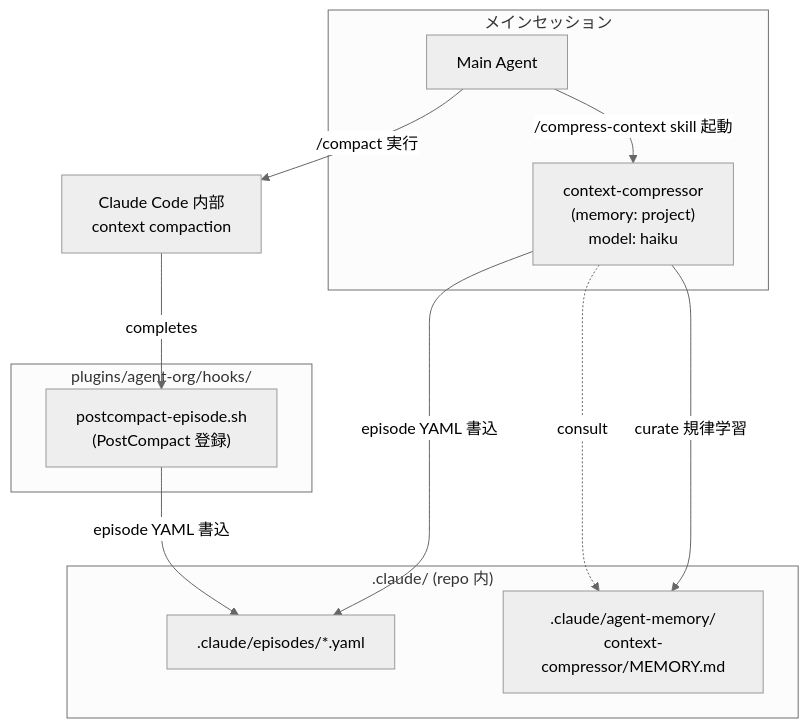
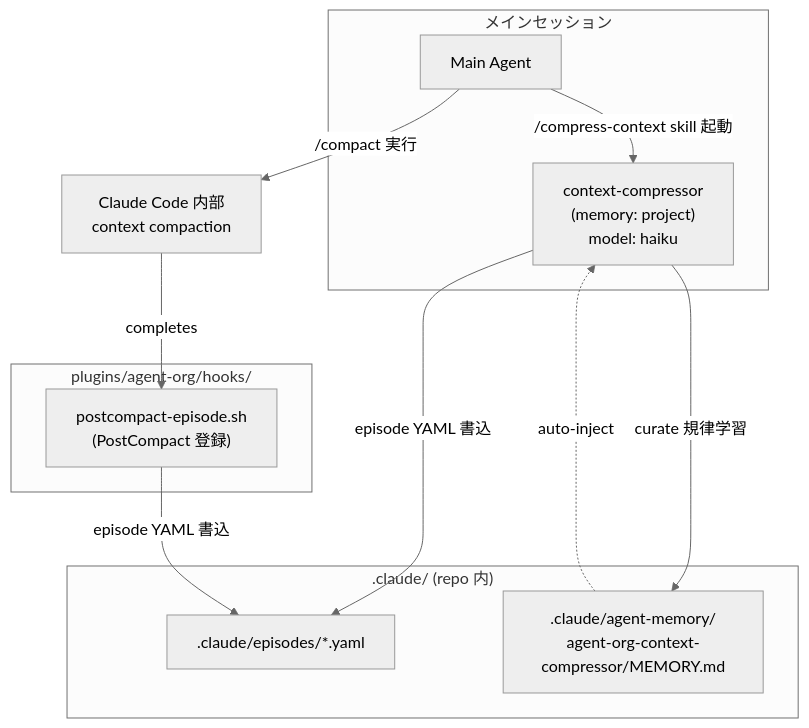
The first of 3 diagrams in plugins/agent-org/docs/ARCHITECTURE.md (Mao-o/cc-mp-worktools), drawn with Mermaid (neutral theme) before and after one commit. The commit also changed other lines of this file and 8 other files, not shown here.

First line of the commit message:
feat(agent-org)!: 0.3.0 - scoped name dir adoption (breaking)

````diff
--- a/plugins/agent-org/docs/ARCHITECTURE.md
+++ b/plugins/agent-org/docs/ARCHITECTURE.md
@@ -9,25 +22,25 @@
 ```mermaid
 graph TB
     subgraph Session ["メインセッション"]
         MA["Main Agent"]
         CC["context-compressor<br>(memory: project)<br>model: haiku"]
     end
 
     subgraph Repo [".claude/ (repo 内)"]
         EP[".claude/episodes/*.yaml"]
-        CM[".claude/agent-memory/<br>context-compressor/MEMORY.md"]
+        CM[".claude/agent-memory/<br>agent-org-context-compressor/MEMORY.md"]
     end
 
     subgraph HookPath ["plugins/agent-org/hooks/"]
         PCH["postcompact-episode.sh<br>(PostCompact 登録)"]
     end
 
     MA -->|/compress-context skill 起動| CC
     CC -->|episode YAML 書込| EP
     CC -->|curate 規律学習| CM
-    CC -.consult.-> CM
+    CM -.auto-inject.-> CC
 
     MA -->|/compact 実行| Compact["Claude Code 内部<br>context compaction"]
     Compact -->|completes| PCH
     PCH -->|episode YAML 書込| EP
 ```
````
